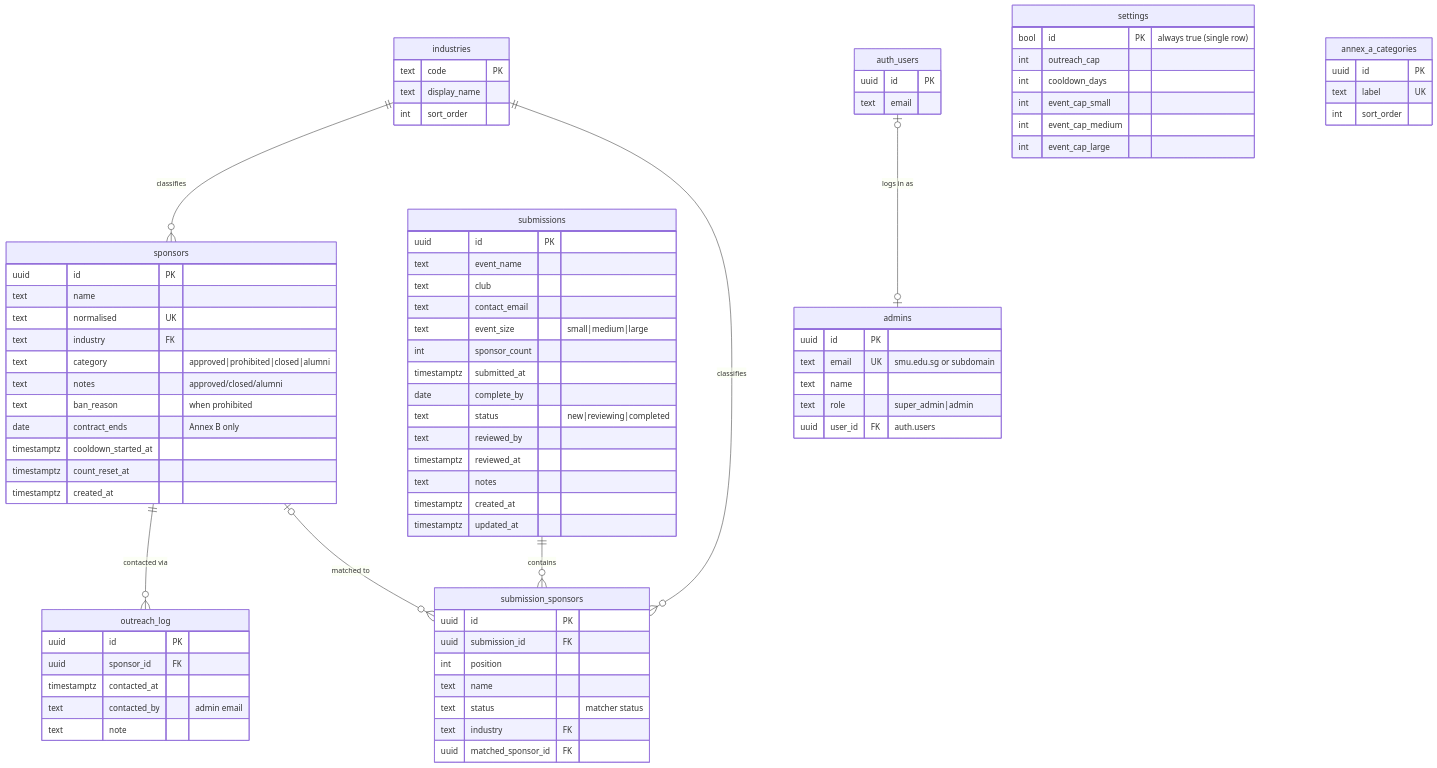
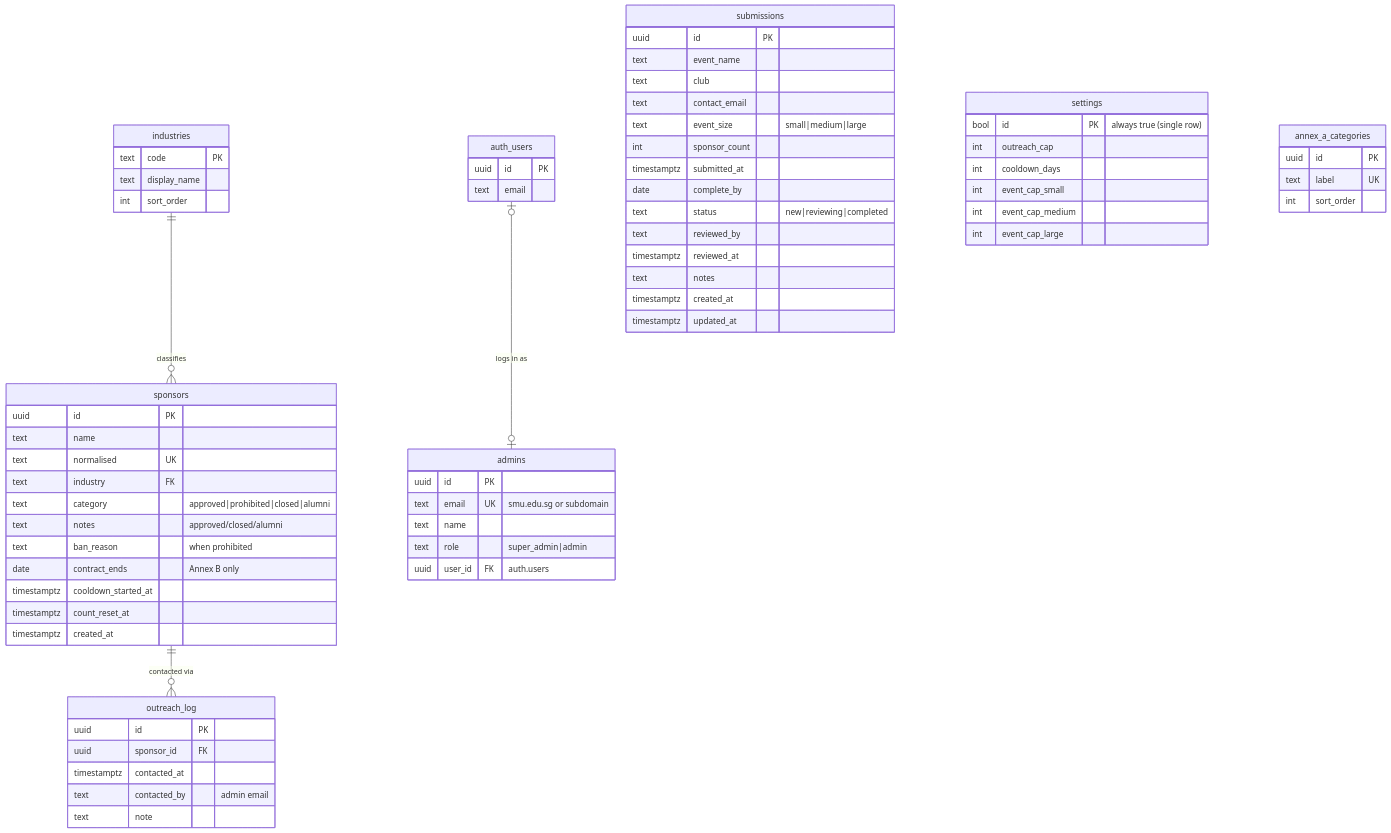
One commit to triciaaleee/BIZCOM-SponsorCheck changed the diagram in supabase/DATABASE_GUIDE.md. Above: the diagram before and after it, drawn with Mermaid. The commit also changed other lines of this file and 5 other files, not shown here.

First line of the commit message:
dropped submission_sponsors table

````diff
--- a/supabase/DATABASE_GUIDE.md
+++ b/supabase/DATABASE_GUIDE.md
@@ -140,10 +141,7 @@
 ```mermaid
 erDiagram
     industries  ||--o{ sponsors            : classifies
-    industries  ||--o{ submission_sponsors : classifies
     sponsors    ||--o{ outreach_log        : "contacted via"
-    sponsors    |o--o{ submission_sponsors : "matched to"
-    submissions ||--o{ submission_sponsors : contains
     auth_users  |o--o| admins              : "logs in as"
 
     industries {
@@ -187,15 +185,6 @@
         timestamptz created_at
         timestamptz updated_at
     }
-    submission_sponsors {
-        uuid id PK
-        uuid submission_id FK
-        int  position
-        text name
-        text status "matcher status"
-        text industry FK
-        uuid matched_sponsor_id FK
-    }
     admins {
         uuid id PK
         text email UK "smu.edu.sg or subdomain"
````
